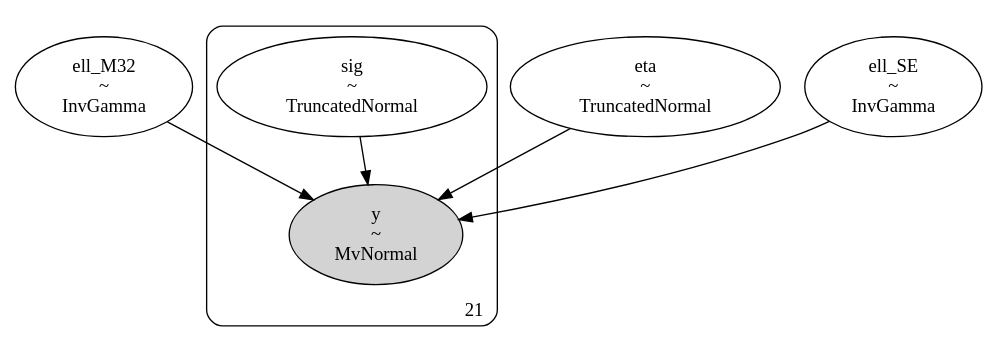
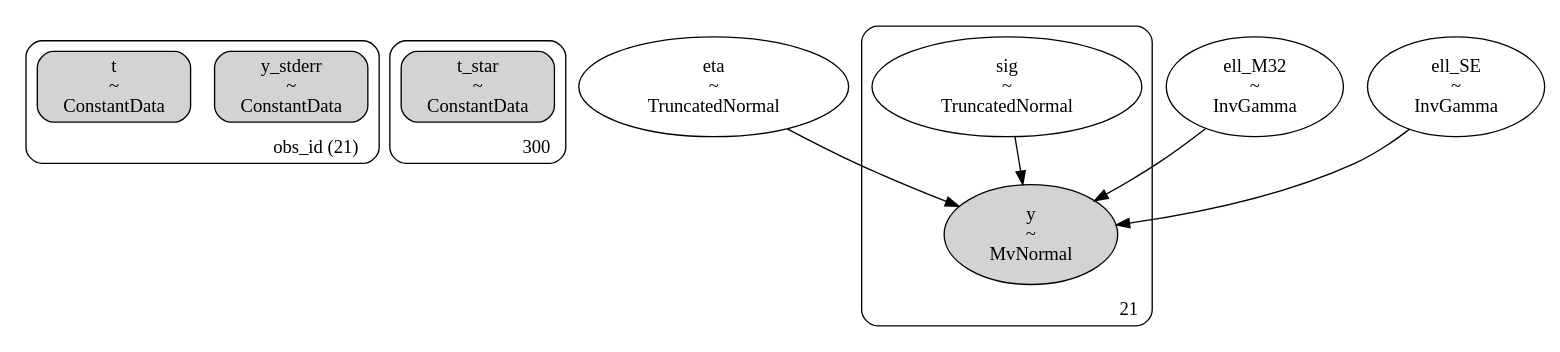
Before and after one commit to shihchingfu/gp-sandbox-thunderkat: the diagram in dags/428_ra236.530_dec-46.922_4U1543TraPDB_andersson_sexm32_dag.dot, drawn with Graphviz. The commit also changed 12 other files, not shown here.

```diff
--- a/dags/428_ra236.530_dec-46.922_4U1543TraPDB_andersson_sexm32_dag.dot
+++ b/dags/428_ra236.530_dec-46.922_4U1543TraPDB_andersson_sexm32_dag.dot
@@ -1,24 +1,39 @@
 digraph {
+	subgraph "clusterobs_id (21)" {
+		y_stderr [label="y_stderr
+~
+ConstantData" shape=box style="rounded, filled"]
+		t [label="t
+~
+ConstantData" shape=box style="rounded, filled"]
+		label="obs_id (21)" labeljust=r labelloc=b style=rounded
+	}
+	subgraph cluster300 {
+		t_star [label="t_star
+~
+ConstantData" shape=box style="rounded, filled"]
+		label=300 labeljust=r labelloc=b style=rounded
+	}
+	eta [label="eta
+~
+TruncatedNormal" shape=ellipse]
 	ell_M32 [label="ell_M32
 ~
 InvGamma" shape=ellipse]
-	eta [label="eta
-~
-TruncatedNormal" shape=ellipse]
 	ell_SE [label="ell_SE
 ~
 InvGamma" shape=ellipse]
 	subgraph cluster21 {
+		sig [label="sig
+~
+TruncatedNormal" shape=ellipse]
 		y [label="y
 ~
 MvNormal" shape=ellipse style=filled]
-		sig [label="sig
-~
-TruncatedNormal" shape=ellipse]
 		label=21 labeljust=r labelloc=b style=rounded
 	}
+	sig -> y
+	eta -> y
 	ell_M32 -> y
-	eta -> y
 	ell_SE -> y
-	sig -> y
 }
```
